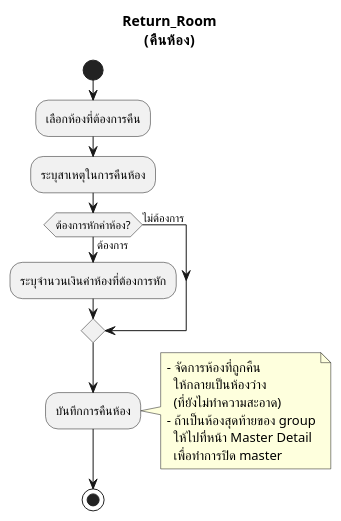
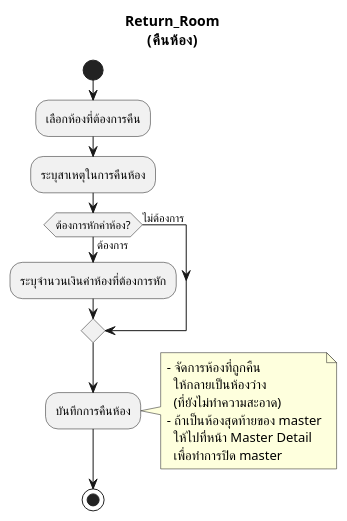
The diagram in activity-diagram/Check-in/Return_Room.md (cheat13/Prompiman_Diagram), drawn with PlantUML before and after one commit. The commit also changed 10 other files, not shown here.

```diff
--- a/activity-diagram/Check-in/Return_Room.md
+++ b/activity-diagram/Check-in/Return_Room.md
@@ -1,24 +1,24 @@
 @startuml
 title Return_Room\n(คืนห้อง)
 start
 
 :เลือกห้องที่ต้องการคืน;
 :ระบุสาเหตุในการคืนห้อง;
 
 if (ต้องการหักค่าห้อง?) then (ต้องการ)
     :ระบุจำนวนเงินค่าห้องที่ต้องการหัก;
 else (ไม่ต้องการ)
 endif
 
 :บันทึกการคืนห้อง;
 note right
     - จัดการห้องที่ถูกคืน
       ให้กลายเป็นห้องว่าง 
       (ที่ยังไม่ทำความสะอาด)
-    - ถ้าเป็นห้องสุดท้ายของ group
+    - ถ้าเป็นห้องสุดท้ายของ master
       ให้ไปที่หน้า Master Detail
       เพื่อทำการปิด master
 endnote
 
 stop
 @enduml
```
